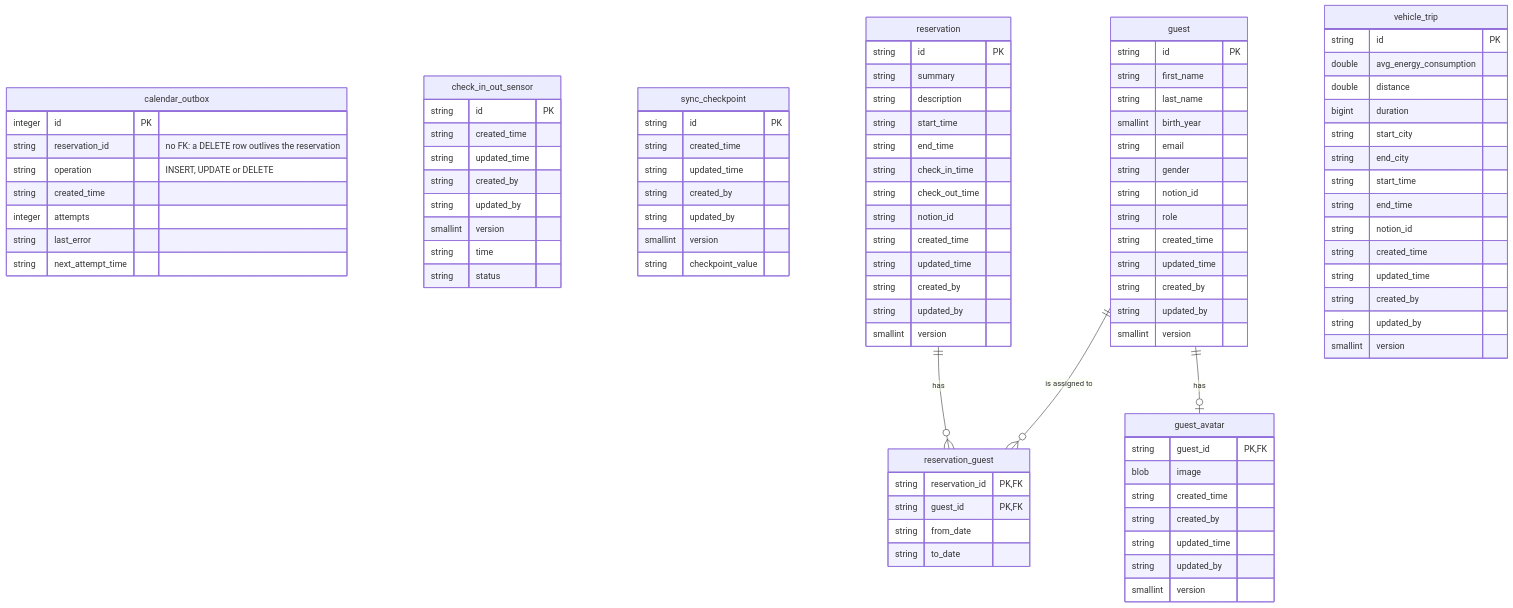
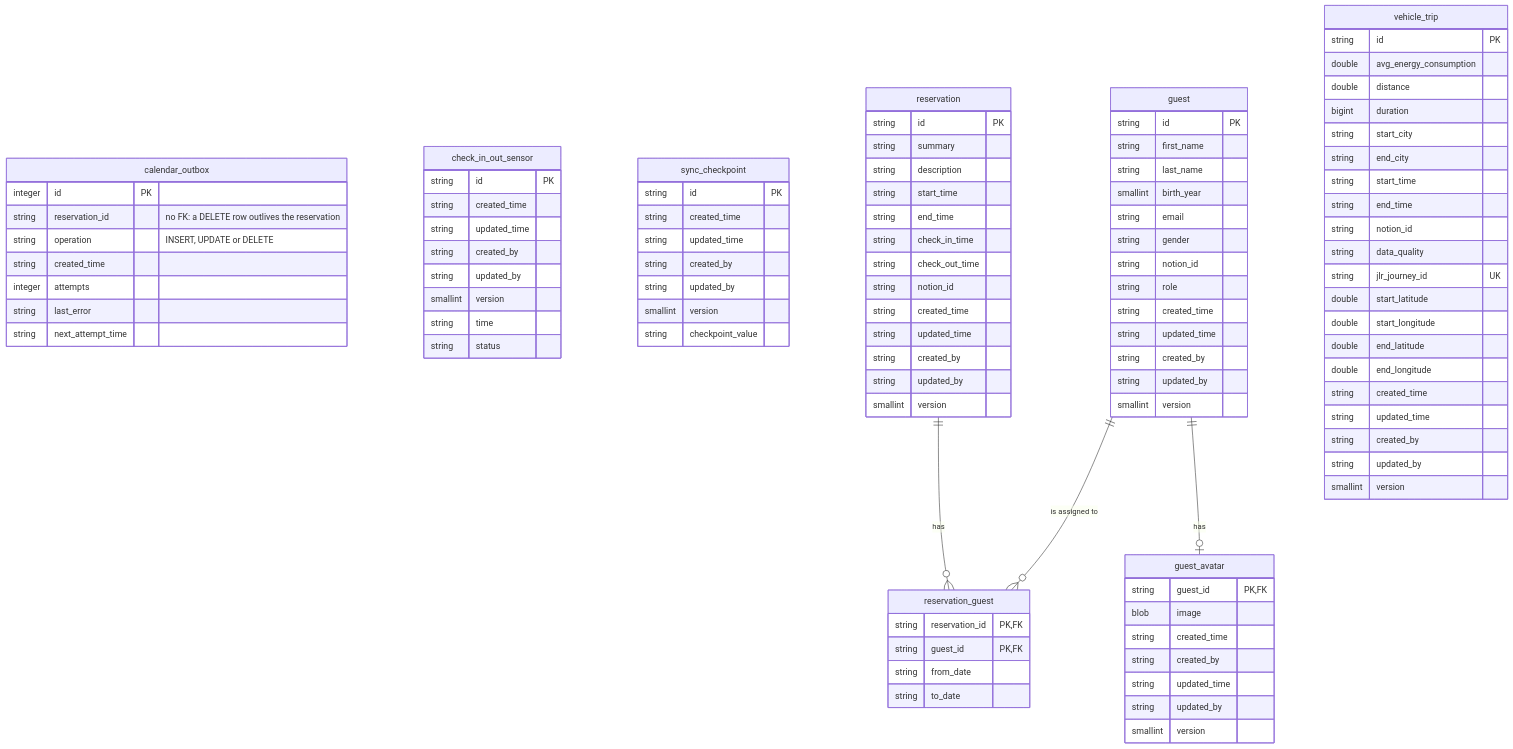
Before and after one commit to ismarslomic/cabin-visits-kotlin: the diagram in docs/database_schema.md, drawn with Mermaid. The commit also changed other lines of this file and 16 other files, not shown here.

```diff
--- a/docs/database_schema.md
+++ b/docs/database_schema.md
@@ -92,6 +92,12 @@
         string start_time
         string end_time
         string notion_id
+        string data_quality
+        string jlr_journey_id UK
+        double start_latitude
+        double start_longitude
+        double end_latitude
+        double end_longitude
         string created_time
         string updated_time
         string created_by
```
